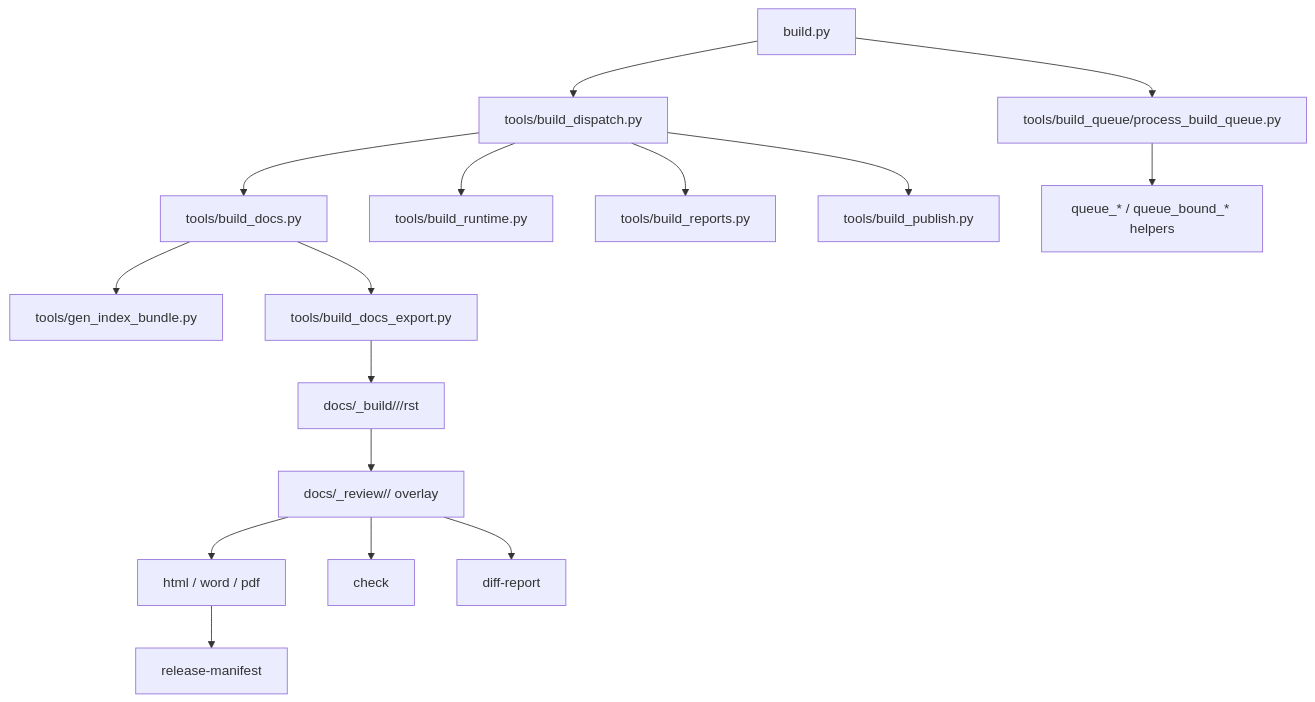
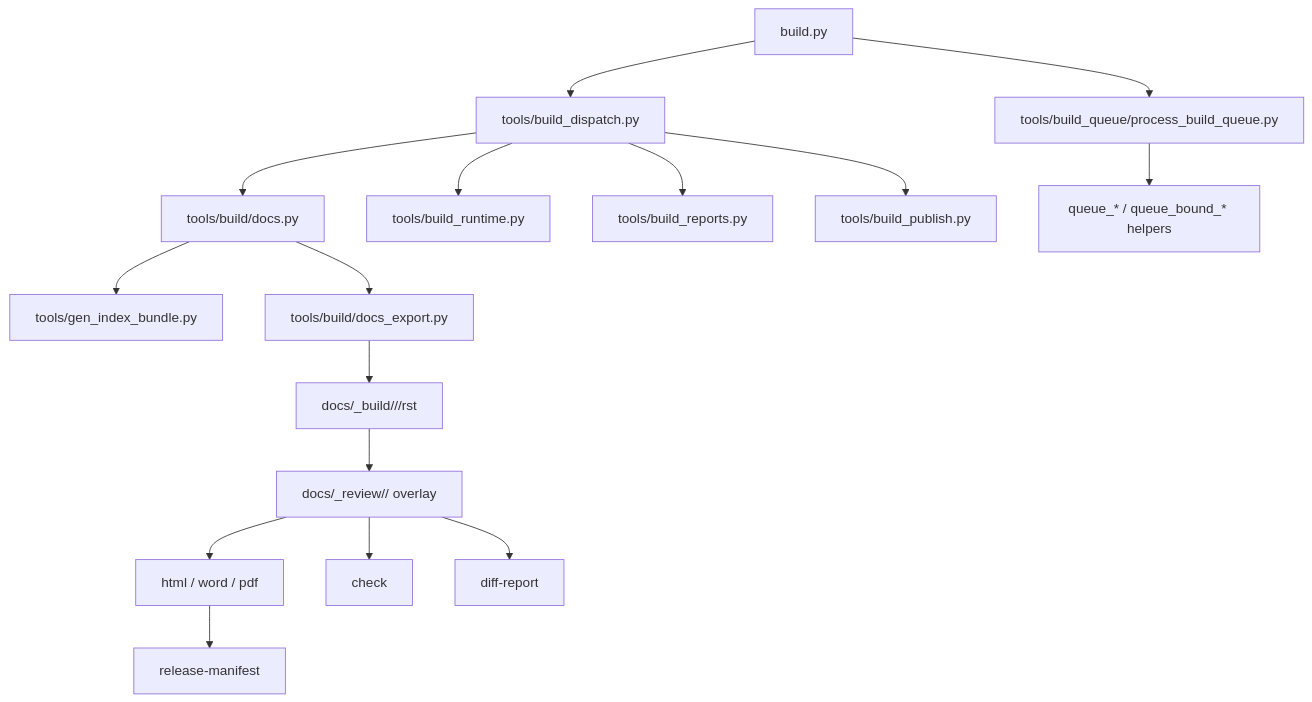
Before and after one commit to Bingboom/Hello-Docs: the diagram in code-as-doc/architecture/Hello_Docs_Architecture.md, drawn with Mermaid. The commit also changed other lines of this file and 90 other files, not shown here.

````diff
--- a/code-as-doc/architecture/Hello_Docs_Architecture.md
+++ b/code-as-doc/architecture/Hello_Docs_Architecture.md
@@ -160,18 +160,18 @@
 ```mermaid
 flowchart TD
   A["build.py"] --> B["tools/build_dispatch.py"]
-  B --> C["tools/build_docs.py"]
+  B --> C["tools/build/docs.py"]
   B --> D["tools/build_runtime.py"]
   B --> E["tools/build_reports.py"]
   B --> F["tools/build_publish.py"]
   C --> G["tools/gen_index_bundle.py"]
-  C --> H["tools/build_docs_export.py"]
+  C --> H["tools/build/docs_export.py"]
   H --> I["docs/_build/<model>/<region>/rst"]
   I --> J["docs/_review/<model>/<region> overlay"]
   J --> K["html / word / pdf"]
   J --> L["check"]
   J --> M["diff-report"]
   K --> N["release-manifest"]
   A --> O["tools/build_queue/process_build_queue.py"]
   O --> P["queue_* / queue_bound_* helpers"]
 ```
````
